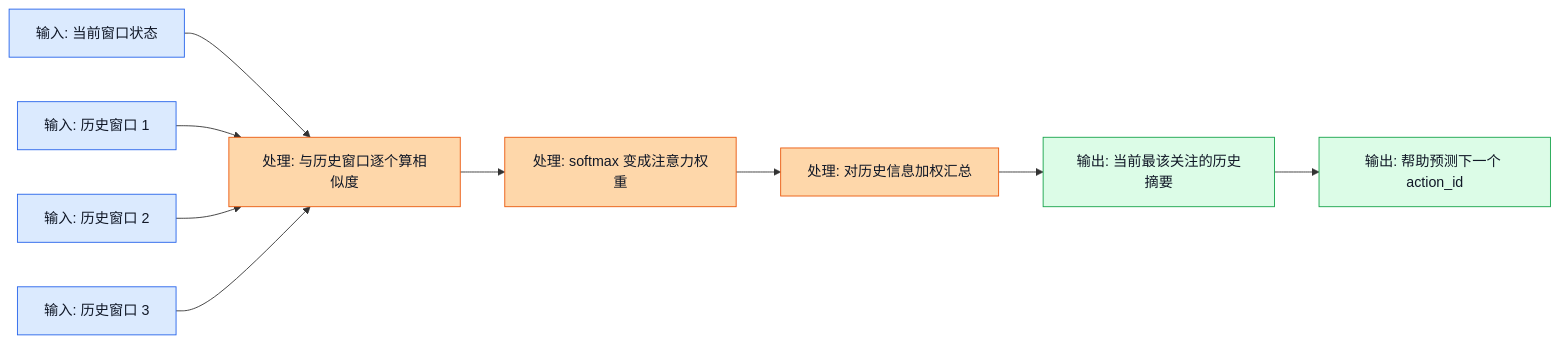
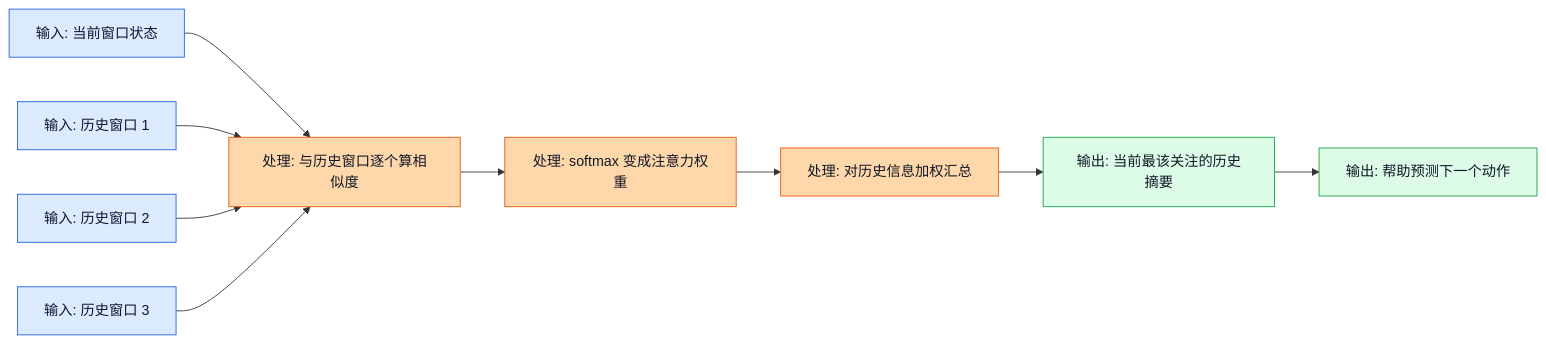
The third of 4 diagrams in learn/17_Decision_Transformer.md (Mrphase/RL-Doc), drawn with Mermaid before and after one commit. The commit also changed other lines of this file and 14 other files, not shown here.

First line of the commit message:
fix: clean mermaid labels in learn docs

````diff
--- a/learn/17_Decision_Transformer.md
+++ b/learn/17_Decision_Transformer.md
@@ -436,19 +436,19 @@
 ```mermaid
 flowchart LR
     A["输入: 当前窗口状态"] --> B["处理: 与历史窗口逐个算相似度"]
     H["输入: 历史窗口 1"] --> B
     I["输入: 历史窗口 2"] --> B
     J["输入: 历史窗口 3"] --> B
     B --> C["处理: softmax 变成注意力权重"]
     C --> D["处理: 对历史信息加权汇总"]
     D --> E["输出: 当前最该关注的历史摘要"]
-    E --> F["输出: 帮助预测下一个 action_id"]
+    E --> F["输出: 帮助预测下一个动作"]
 
     classDef input fill:#dbeafe,stroke:#2563eb,color:#111827;
     classDef process fill:#fed7aa,stroke:#ea580c,color:#111827;
     classDef output fill:#dcfce7,stroke:#16a34a,color:#111827;
 
     class A,H,I,J input;
     class B,C,D process;
     class E,F output;
 ```
````
